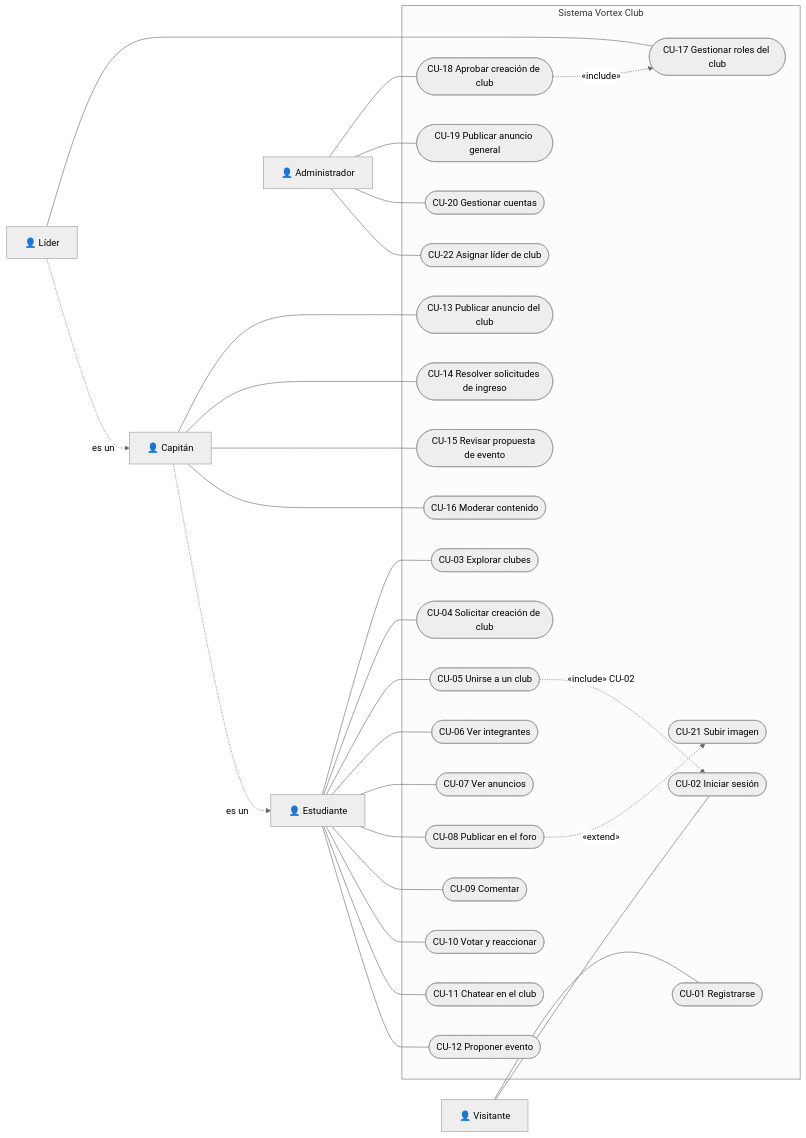
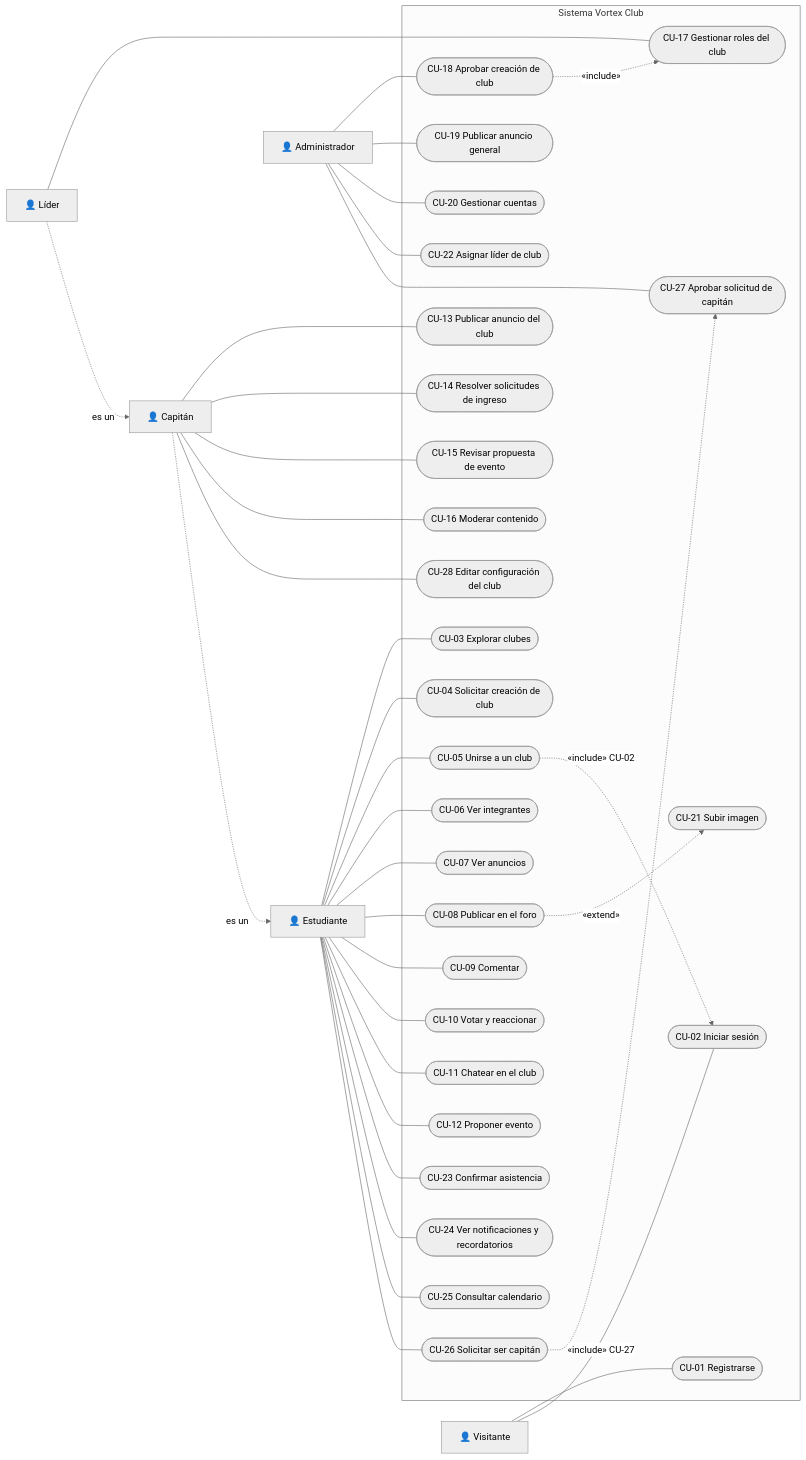
One commit to Lis-carl/Vortex_club-s changed the first of 13 diagrams in docs/04_modelado_uml.md. Above: the diagram before and after it, drawn with Mermaid (neutral theme). The commit also changed other lines of this file and 42 other files, not shown here.

````diff
--- a/docs/04_modelado_uml.md
+++ b/docs/04_modelado_uml.md
@@ -11,62 +11,75 @@
 ```mermaid
 flowchart LR
     V["👤 Visitante"]
     E["👤 Estudiante"]
     C["👤 Capitán"]
     L["👤 Líder"]
     A["👤 Administrador"]
 
     subgraph S["Sistema Vortex Club"]
         CU01(["CU-01 Registrarse"])
         CU02(["CU-02 Iniciar sesión"])
         CU03(["CU-03 Explorar clubes"])
         CU04(["CU-04 Solicitar creación de club"])
         CU05(["CU-05 Unirse a un club"])
         CU06(["CU-06 Ver integrantes"])
         CU07(["CU-07 Ver anuncios"])
         CU08(["CU-08 Publicar en el foro"])
         CU09(["CU-09 Comentar"])
         CU10(["CU-10 Votar y reaccionar"])
         CU11(["CU-11 Chatear en el club"])
         CU12(["CU-12 Proponer evento"])
         CU13(["CU-13 Publicar anuncio del club"])
         CU14(["CU-14 Resolver solicitudes de ingreso"])
         CU15(["CU-15 Revisar propuesta de evento"])
         CU16(["CU-16 Moderar contenido"])
         CU17(["CU-17 Gestionar roles del club"])
         CU18(["CU-18 Aprobar creación de club"])
         CU19(["CU-19 Publicar anuncio general"])
         CU20(["CU-20 Gestionar cuentas"])
         CU21(["CU-21 Subir imagen"])
         CU22(["CU-22 Asignar líder de club"])
+        CU23(["CU-23 Confirmar asistencia"])
+        CU24(["CU-24 Ver notificaciones y recordatorios"])
+        CU25(["CU-25 Consultar calendario"])
+        CU26(["CU-26 Solicitar ser capitán"])
+        CU27(["CU-27 Aprobar solicitud de capitán"])
+        CU28(["CU-28 Editar configuración del club"])
     end
 
     V --- CU01
     V --- CU02
     E --- CU03
     E --- CU04
     E --- CU05
     E --- CU06
     E --- CU07
     E --- CU08
     E --- CU09
     E --- CU10
     E --- CU11
     E --- CU12
     C --- CU13
     C --- CU14
     C --- CU15
     C --- CU16
     L --- CU17
     A --- CU18
     A --- CU19
     A --- CU20
     A --- CU22
+    A --- CU27
+    E --- CU23
+    E --- CU24
+    E --- CU25
+    E --- CU26
+    C --- CU28
+    CU26 -. "«include» CU-27" .-> CU27
 
     C -. "es un" .-> E
     L -. "es un" .-> C
 
     CU05 -. "«include» CU-02" .-> CU02
     CU08 -. "«extend»" .-> CU21
     CU18 -. "«include»" .-> CU17
 ```
````
